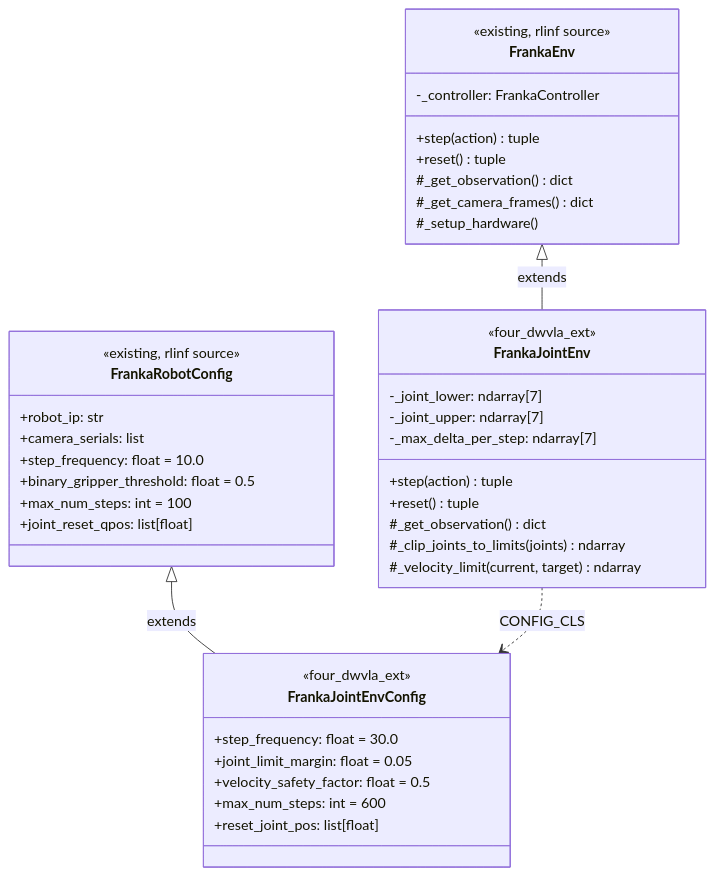
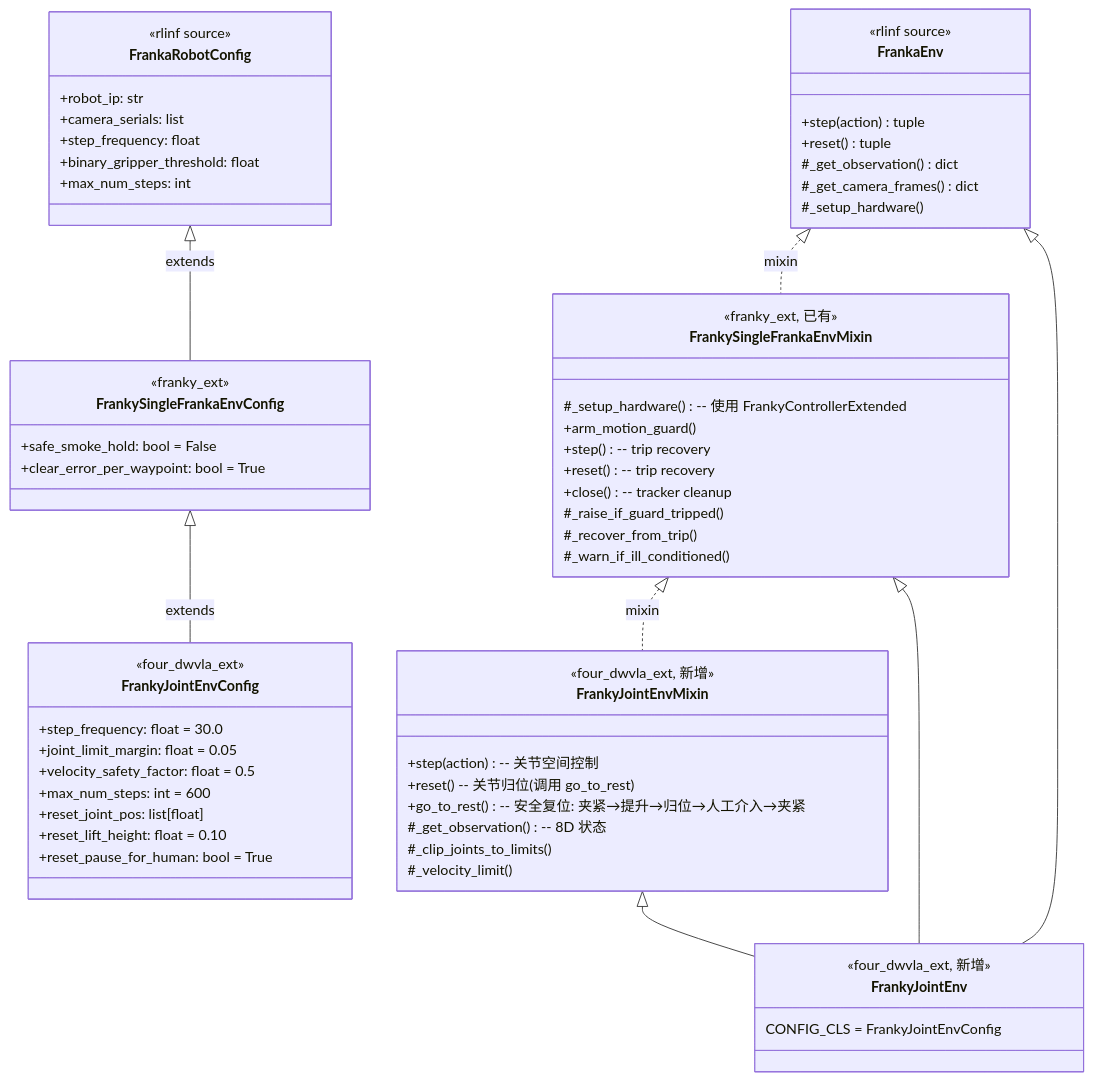
The fourth of 14 diagrams in b/d/frk1/4wvla_rlinf_eval_2.md (Avant-US/RLinf), drawn with Mermaid before and after one commit. The commit also changed other lines of this file and 14 other files, not shown here.

````diff
--- a/b/d/frk1/4wvla_rlinf_eval_2.md
+++ b/b/d/frk1/4wvla_rlinf_eval_2.md
@@ -284,47 +602,72 @@
 ```mermaid
 classDiagram
     class FrankaRobotConfig {
-        <<existing, rlinf source>>
+        <<rlinf source>>
         +robot_ip: str
         +camera_serials: list
-        +step_frequency: float = 10.0
-        +binary_gripper_threshold: float = 0.5
-        +max_num_steps: int = 100
-        +joint_reset_qpos: list[float]
+        +step_frequency: float
+        +binary_gripper_threshold: float
+        +max_num_steps: int
     }
 
-    class FrankaJointEnvConfig {
+    class FrankySingleFrankaEnvConfig {
+        <<franky_ext>>
+        +safe_smoke_hold: bool = False
+        +clear_error_per_waypoint: bool = True
+    }
+
+    class FrankyJointEnvConfig {
         <<four_dwvla_ext>>
         +step_frequency: float = 30.0
         +joint_limit_margin: float = 0.05
         +velocity_safety_factor: float = 0.5
         +max_num_steps: int = 600
         +reset_joint_pos: list[float]
+        +reset_lift_height: float = 0.10
+        +reset_pause_for_human: bool = True
     }
 
     class FrankaEnv {
-        <<existing, rlinf source>>
+        <<rlinf source>>
         +step(action) tuple
         +reset() tuple
         #_get_observation() dict
         #_get_camera_frames() dict
         #_setup_hardware()
-        -_controller: FrankaController
     }
 
-    class FrankaJointEnv {
-        <<four_dwvla_ext>>
-        +step(action) tuple
-        +reset() tuple
-        #_get_observation() dict
-        #_clip_joints_to_limits(joints) ndarray
-        #_velocity_limit(current, target) ndarray
-        -_joint_lower: ndarray[7]
-        -_joint_upper: ndarray[7]
-        -_max_delta_per_step: ndarray[7]
+    class FrankySingleFrankaEnvMixin {
+        <<franky_ext, 已有>>
+        #_setup_hardware() -- 使用 FrankyControllerExtended
+        +arm_motion_guard()
+        +step() -- trip recovery
+        +reset() -- trip recovery
+        +close() -- tracker cleanup
+        #_raise_if_guard_tripped()
+        #_recover_from_trip()
+        #_warn_if_ill_conditioned()
     }
 
-    FrankaRobotConfig <|-- FrankaJointEnvConfig : extends
-    FrankaEnv <|-- FrankaJointEnv : extends
-    FrankaJointEnv ..> FrankaJointEnvConfig : CONFIG_CLS
+    class FrankyJointEnvMixin {
+        <<four_dwvla_ext, 新增>>
+        +step(action) -- 关节空间控制
+        +reset() -- 关节归位 (调用 go_to_rest)
+        +go_to_rest() -- 安全复位: 夹紧→提升→归位→人工介入→夹紧
+        #_get_observation() -- 8D 状态
+        #_clip_joints_to_limits()
+        #_velocity_limit()
+    }
+
+    class FrankyJointEnv {
+        <<four_dwvla_ext, 新增>>
+        CONFIG_CLS = FrankyJointEnvConfig
+    }
+
+    FrankaRobotConfig <|-- FrankySingleFrankaEnvConfig : extends
+    FrankySingleFrankaEnvConfig <|-- FrankyJointEnvConfig : extends
+    FrankaEnv <|.. FrankySingleFrankaEnvMixin : mixin
+    FrankySingleFrankaEnvMixin <|.. FrankyJointEnvMixin : mixin
+    FrankyJointEnvMixin <|-- FrankyJointEnv
+    FrankySingleFrankaEnvMixin <|-- FrankyJointEnv
+    FrankaEnv <|-- FrankyJointEnv
 ```
````
